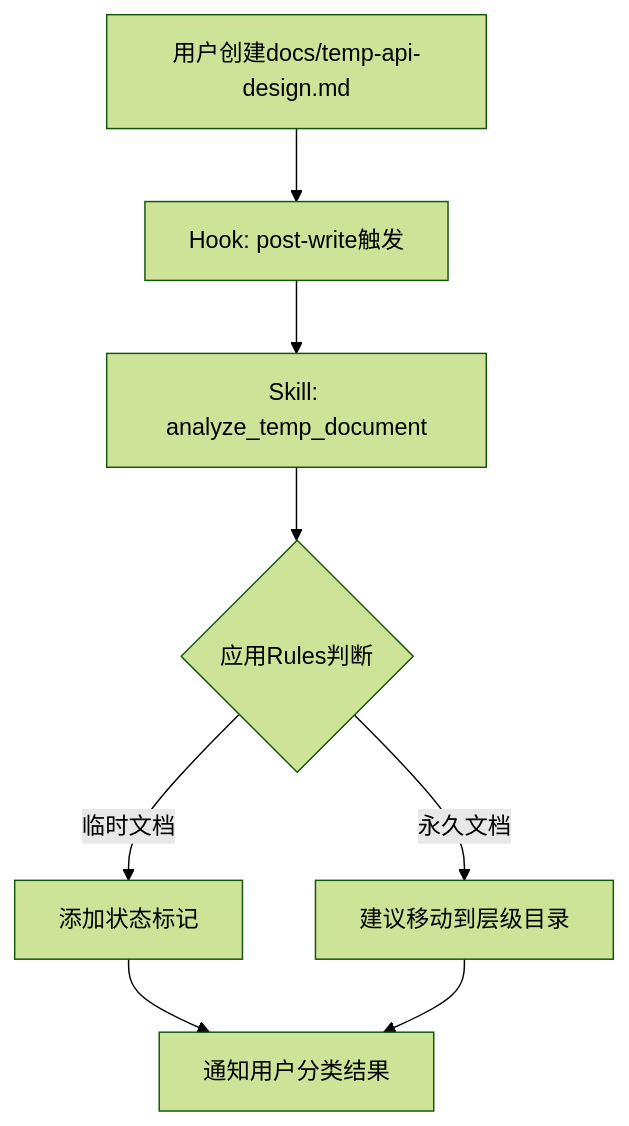
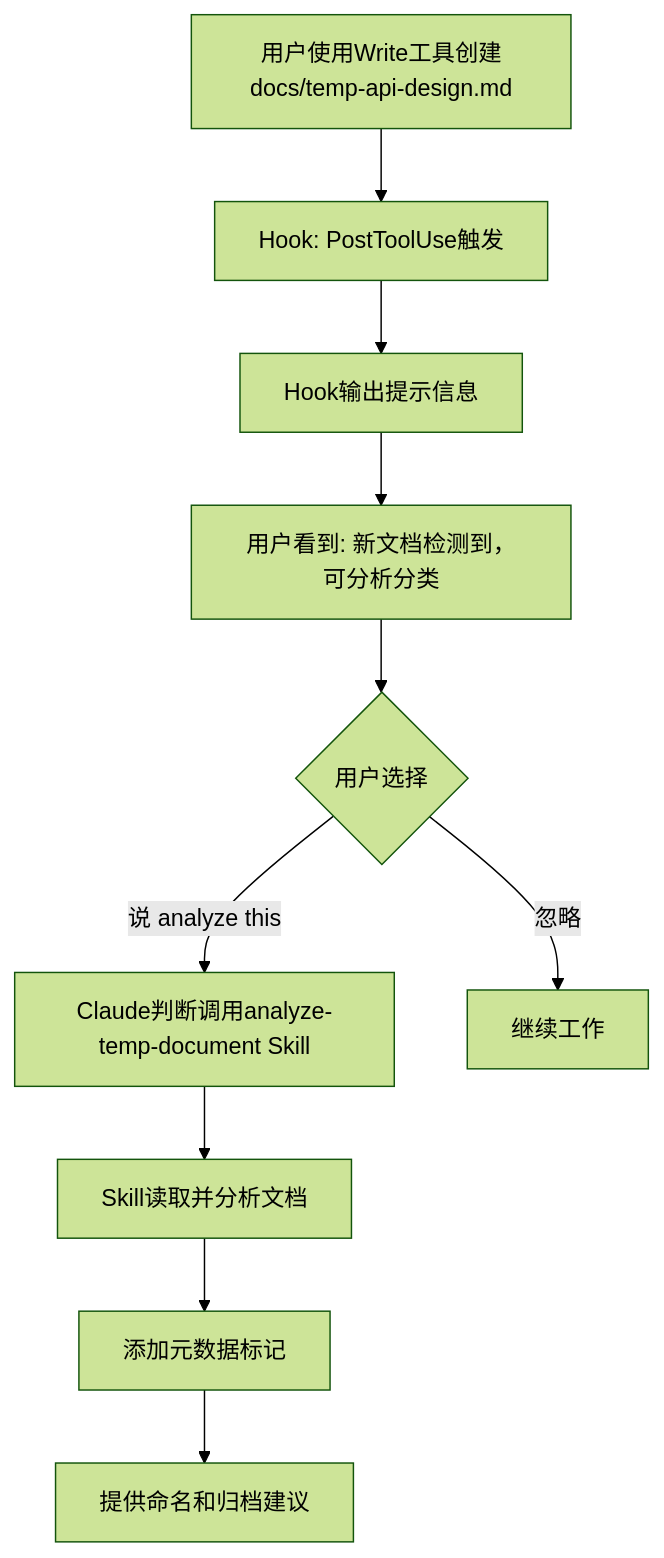
The first of 3 diagrams in docs/claude-code-cleanup-rules.md (wmenjoy/bjtest), drawn with Mermaid (forest theme) before and after one commit. The commit also changed other lines of this file and 1 other file, not shown here.

````diff
--- a/docs/claude-code-cleanup-rules.md
+++ b/docs/claude-code-cleanup-rules.md
@@ -373,10 +361,12 @@
 ```mermaid
 graph TD
-    A[用户创建docs/temp-api-design.md] --> B[Hook: post-write触发]
-    B --> C[Skill: analyze_temp_document]
-    C --> D{应用Rules判断}
-    D -->|临时文档| E[添加状态标记]
-    D -->|永久文档| F[建议移动到层级目录]
-    E --> G[通知用户分类结果]
-    F --> G
+    A[用户使用Write工具创建docs/temp-api-design.md] --> B[Hook: PostToolUse触发]
+    B --> C[Hook输出提示信息]
+    C --> D[用户看到: 新文档检测到，可分析分类]
+    D --> E{用户选择}
+    E -->|说 analyze this| F[Claude判断调用analyze-temp-document Skill]
+    E -->|忽略| G[继续工作]
+    F --> H[Skill读取并分析文档]
+    H --> I[添加元数据标记]
+    I --> J[提供命名和归档建议]
 ```
````
